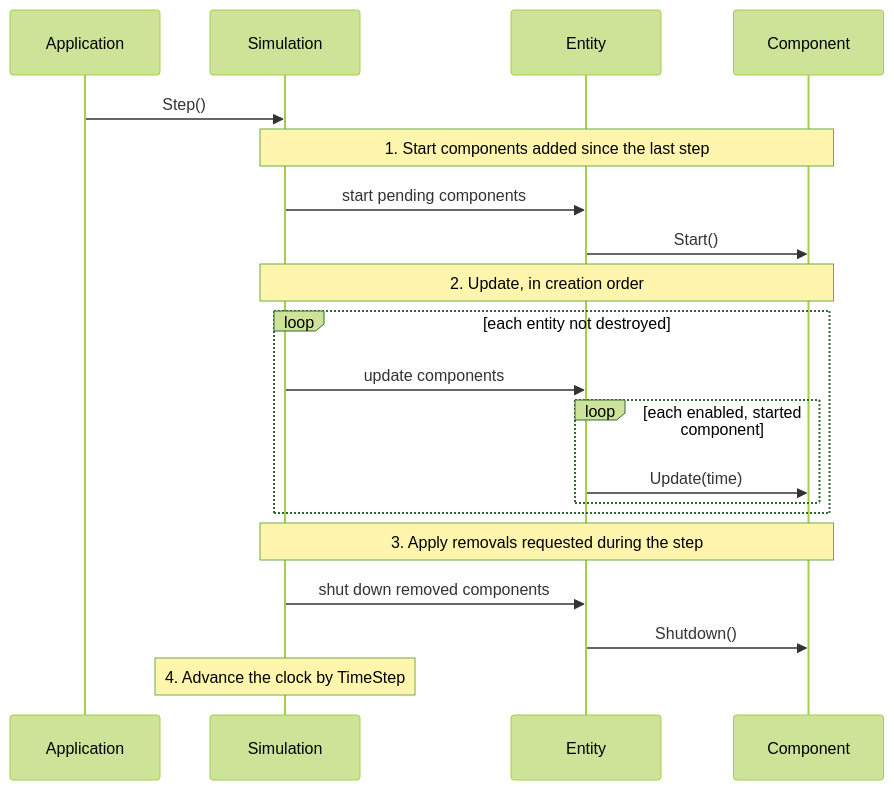
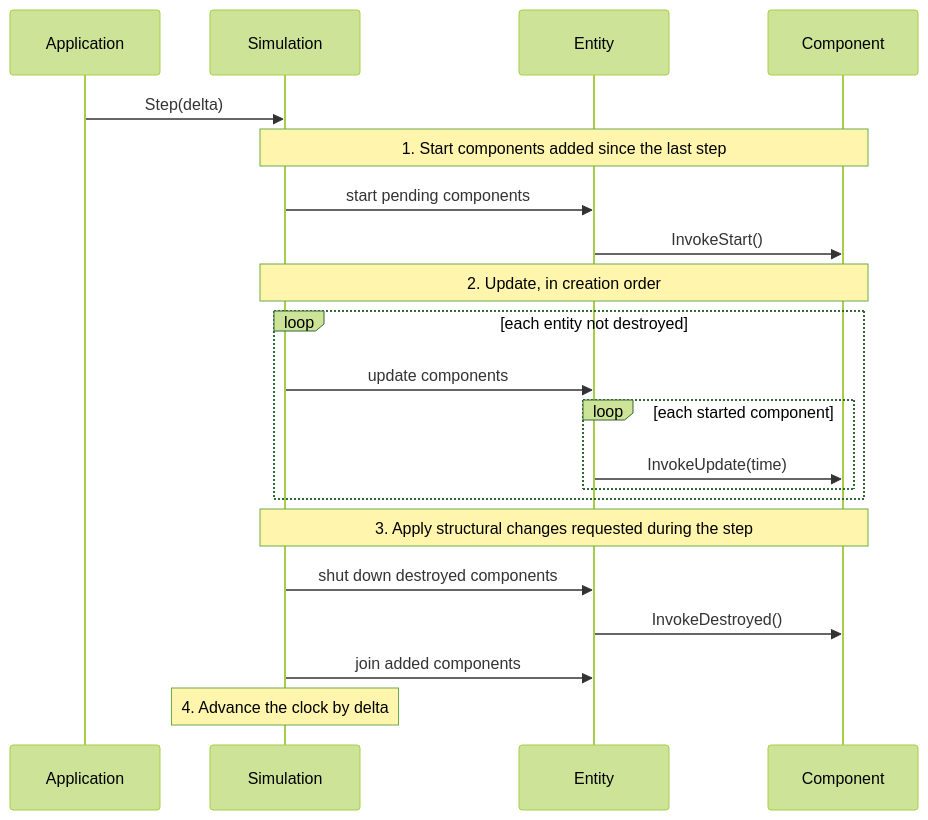
The fourth of 4 diagrams in docs/design.md (Andrew-Pollard/Invicta.Simulation), drawn with Mermaid (forest theme) before and after one commit. The commit also changed other lines of this file, not shown here.

````diff
--- a/docs/design.md
+++ b/docs/design.md
@@ -328,23 +496,24 @@
 ```mermaid
 sequenceDiagram
     participant App as Application
     participant Sim as Simulation
     participant E as Entity
     participant C as Component
 
-    App->>Sim: Step()
+    App->>Sim: Step(delta)
     Note over Sim,C: 1. Start components added since the last step
     Sim->>E: start pending components
-    E->>C: Start()
+    E->>C: InvokeStart()
     Note over Sim,C: 2. Update, in creation order
     loop each entity not destroyed
         Sim->>E: update components
-        loop each enabled, started component
-            E->>C: Update(time)
+        loop each started component
+            E->>C: InvokeUpdate(time)
         end
     end
-    Note over Sim,C: 3. Apply removals requested during the step
-    Sim->>E: shut down removed components
-    E->>C: Shutdown()
-    Note over Sim: 4. Advance the clock by TimeStep
+    Note over Sim,C: 3. Apply structural changes requested during the step
+    Sim->>E: shut down destroyed components
+    E->>C: InvokeDestroyed()
+    Sim->>E: join added components
+    Note over Sim: 4. Advance the clock by delta
 ```
````
